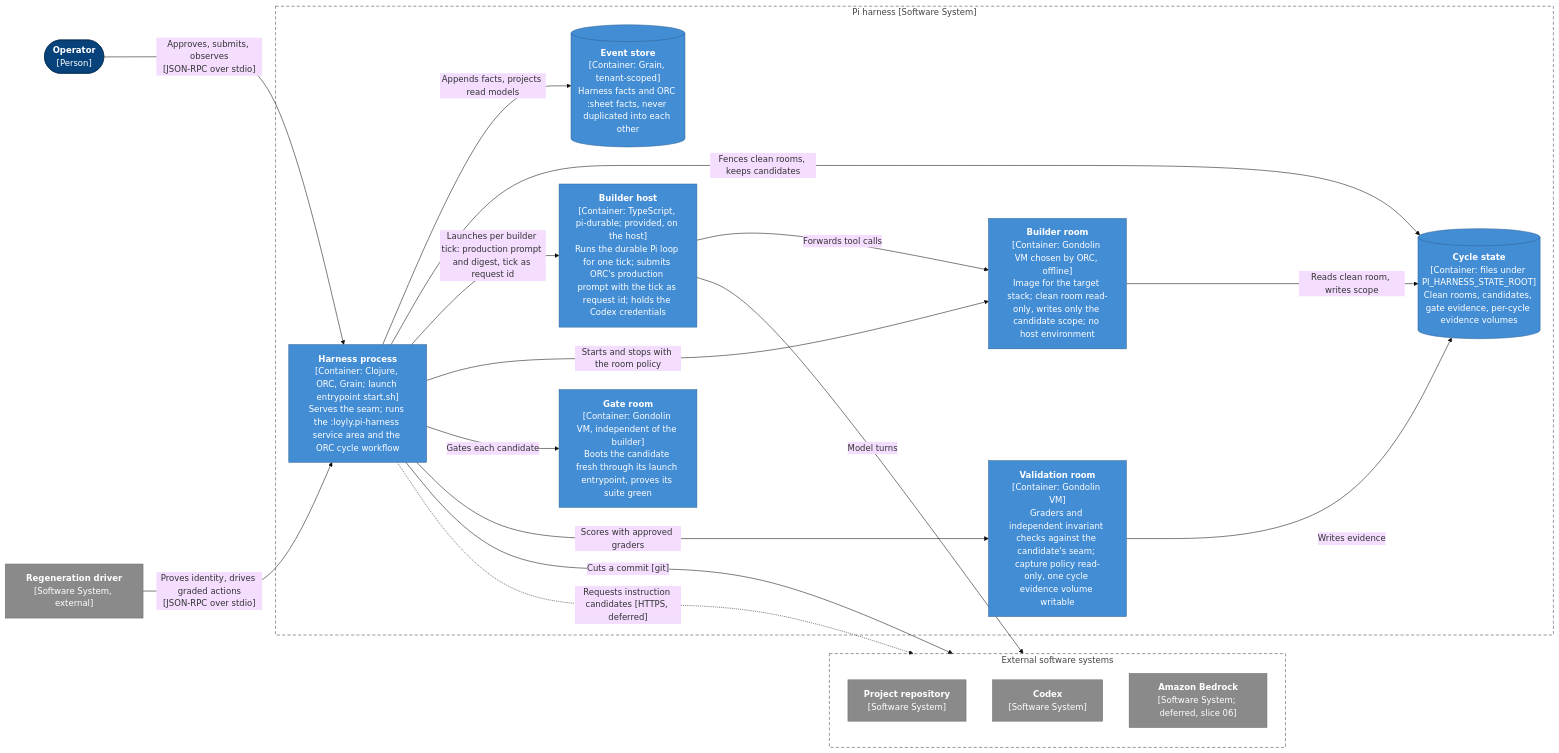
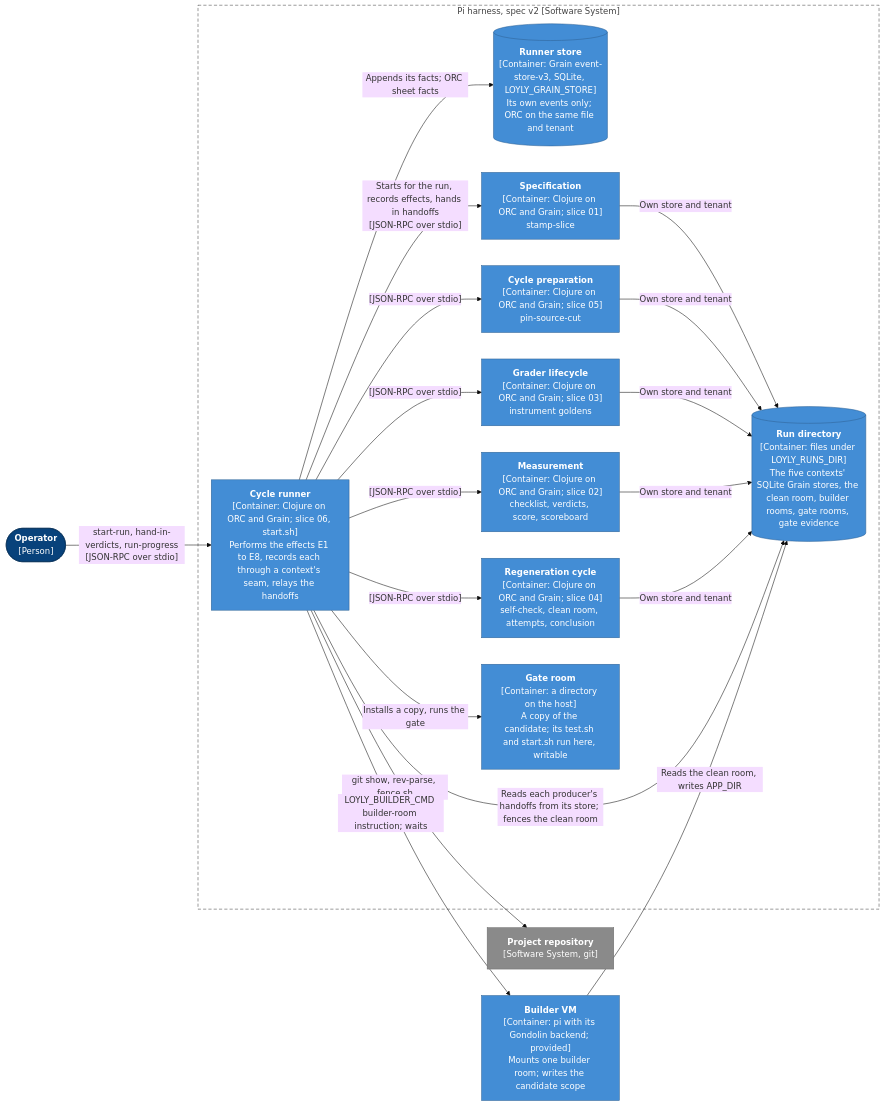
Before and after one commit to scope-impact/loyly: the second of 3 diagrams in .pi/architecture.md, drawn with Mermaid (base theme). The commit also changed other lines of this file, not shown here.

First line of the commit message:
Spec: the architecture page describes spec v2 and the harness since the switch

````diff
--- a/.pi/architecture.md
+++ b/.pi/architecture.md
@@ -60,50 +67,50 @@
 ```mermaid
 
 flowchart LR
   operator(["<b>Operator</b><br/>[Person]"])
-  driver["<b>Regeneration driver</b><br/>[Software System, external]"]
 
-  subgraph h ["Pi harness [Software System]"]
-    proc["<b>Harness process</b><br/>[Container: Clojure, ORC, Grain; launch entrypoint start.sh]<br/>Serves the seam; runs the :loyly.pi-harness service area and the ORC cycle workflow"]
-    events[("<b>Event store</b><br/>[Container: Grain, tenant-scoped]<br/>Harness facts and ORC :sheet facts, never duplicated into each other")]
-    state[("<b>Cycle state</b><br/>[Container: files under PI_HARNESS_STATE_ROOT]<br/>Clean rooms, candidates, gate evidence, per-cycle evidence volumes")]
-    host["<b>Builder host</b><br/>[Container: TypeScript, pi-durable; provided, on the host]<br/>Runs the durable Pi loop for one tick; submits ORC's production prompt with the tick as request id; holds the Codex credentials"]
-    builder["<b>Builder room</b><br/>[Container: Gondolin VM chosen by ORC, offline]<br/>Image for the target stack; clean room read-only, writes only the candidate scope; no host environment"]
-    gate["<b>Gate room</b><br/>[Container: Gondolin VM, independent of the builder]<br/>Boots the candidate fresh through its launch entrypoint, proves its suite green"]
-    validator["<b>Validation room</b><br/>[Container: Gondolin VM]<br/>Graders and independent invariant checks against the candidate's seam; capture policy read-only, one cycle evidence volume writable"]
+  subgraph h ["Pi harness, spec v2 [Software System]"]
+    runner["<b>Cycle runner</b><br/>[Container: Clojure on ORC and Grain; slice 06, start.sh]<br/>Performs the effects E1 to E8, records each through a context's seam, relays the handoffs"]
+    rstore[("<b>Runner store</b><br/>[Container: Grain event-store-v3, SQLite, LOYLY_GRAIN_STORE]<br/>Its own events only; ORC on the same file and tenant")]
+    spec["<b>Specification</b><br/>[Container: Clojure on ORC and Grain; slice 01]<br/>stamp-slice"]
+    prep["<b>Cycle preparation</b><br/>[Container: Clojure on ORC and Grain; slice 05]<br/>pin-source-cut"]
+    grader["<b>Grader lifecycle</b><br/>[Container: Clojure on ORC and Grain; slice 03]<br/>instrument goldens"]
+    meas["<b>Measurement</b><br/>[Container: Clojure on ORC and Grain; slice 02]<br/>checklist, verdicts, score, scoreboard"]
+    regen["<b>Regeneration cycle</b><br/>[Container: Clojure on ORC and Grain; slice 04]<br/>self-check, clean room, attempts, conclusion"]
+    runs[("<b>Run directory</b><br/>[Container: files under LOYLY_RUNS_DIR]<br/>The five contexts' SQLite Grain stores, the clean room, builder rooms, gate rooms, gate evidence")]
+    gate["<b>Gate room</b><br/>[Container: a directory on the host]<br/>A copy of the candidate; its test.sh and start.sh run here, writable"]
   end
 
-  subgraph ext ["External software systems"]
-    direction TB
-    repo["<b>Project repository</b><br/>[Software System]"]
-    pi["<b>Codex</b><br/>[Software System]"]
-    bedrock["<b>Amazon Bedrock</b><br/>[Software System; deferred, slice 06]"]
-  end
+  vm["<b>Builder VM</b><br/>[Container: pi with its Gondolin backend; provided]<br/>Mounts one builder room; writes the candidate scope"]
+  repo["<b>Project repository</b><br/>[Software System, git]"]
 
-  operator -- "Approves, submits, observes<br/>[JSON-RPC over stdio]" --> proc
-  driver -- "Proves identity, drives graded actions<br/>[JSON-RPC over stdio]" --> proc
-  proc -- "Appends facts, projects read models" --> events
-  proc -- "Cuts a commit [git]" --> repo
-  proc -- "Fences clean rooms, keeps candidates" --> state
-  proc -- "Launches per builder tick: production prompt and digest, tick as request id" --> host
-  proc -- "Starts and stops with the room policy" --> builder
-  proc -- "Gates each candidate" --> gate
-  proc -- "Scores with approved graders" --> validator
-  host -- "Model turns" --> pi
-  host -- "Forwards tool calls" --> builder
-  builder -- "Reads clean room, writes scope" --> state
-  validator -- "Writes evidence" --> state
-  proc -. "Requests instruction candidates [HTTPS, deferred]" .-> bedrock
+  operator -- "start-run, hand-in-verdicts, run-progress<br/>[JSON-RPC over stdio]" --> runner
+  runner -- "Appends its facts; ORC sheet facts" --> rstore
+  runner -- "Starts for the run, records effects, hands in handoffs<br/>[JSON-RPC over stdio]" --> spec
+  runner -- "[JSON-RPC over stdio]" --> prep
+  runner -- "[JSON-RPC over stdio]" --> grader
+  runner -- "[JSON-RPC over stdio]" --> meas
+  runner -- "[JSON-RPC over stdio]" --> regen
+  spec -- "Own store and tenant" --> runs
+  prep -- "Own store and tenant" --> runs
+  grader -- "Own store and tenant" --> runs
+  meas -- "Own store and tenant" --> runs
+  regen -- "Own store and tenant" --> runs
+  runner -- "Reads each producer's handoffs from its store; fences the clean room" --> runs
+  runner -- "git show, rev-parse, fence.sh" --> repo
+  runner -- "LOYLY_BUILDER_CMD builder-room instruction; waits" --> vm
+  vm -- "Reads the clean room, writes APP_DIR" --> runs
+  runner -- "Installs a copy, runs the gate" --> gate
 
   class operator person
-  class proc,host,builder,gate,validator container
-  class events,state container
-  class driver,repo,pi,bedrock external
-  class h,ext boundary
+  class runner,spec,prep,grader,meas,regen,gate,vm container
+  class rstore,runs container
+  class repo external
+  class h boundary
   classDef person fill:#08427b,stroke:#052e56,color:#fff
   classDef system fill:#1168bd,stroke:#0b4884,color:#fff
   classDef external fill:#8a8a8a,stroke:#6b6b6b,color:#fff
   classDef container fill:#438dd5,stroke:#2e6295,color:#fff
   classDef component fill:#85bbf0,stroke:#5d82a8,color:#000
   classDef boundary fill:none,stroke:#444,stroke-dasharray:6 4,color:#444
 ```
````
